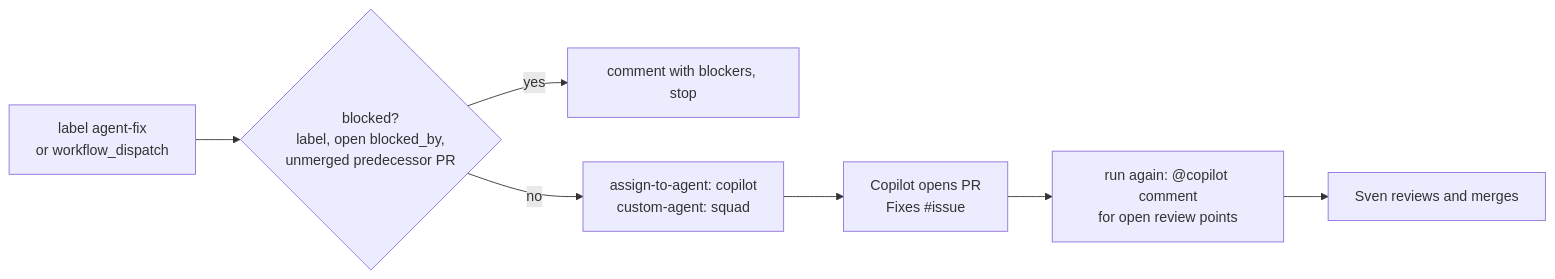
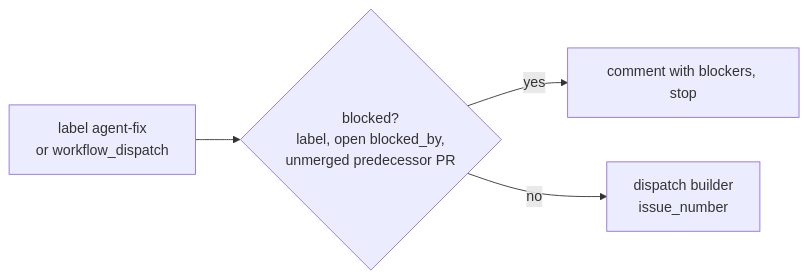
The second of 5 diagrams in workflows/README.md (svennijhuis/agentic-workflows), drawn with Mermaid before and after one commit. The commit also changed other lines of this file and 455 other files, not shown here.

First line of the commit message:
Own builder and reviewer replace Copilot cloud agent; retro after merge

````diff
--- a/workflows/README.md
+++ b/workflows/README.md
@@ -52,9 +69,6 @@
 ```mermaid
 flowchart LR
   A[label agent-fix<br/>or workflow_dispatch] --> B{blocked?<br/>label, open blocked_by,<br/>unmerged predecessor PR}
   B -->|yes| C[comment with blockers, stop]
-  B -->|no| D[assign-to-agent: copilot<br/>custom-agent: squad]
-  D --> E[Copilot opens PR<br/>Fixes #issue]
-  E --> F[run again: @copilot comment<br/>for open review points]
-  F --> G[Sven reviews and merges]
+  B -->|no| D[dispatch builder<br/>issue_number]
 ```
````
